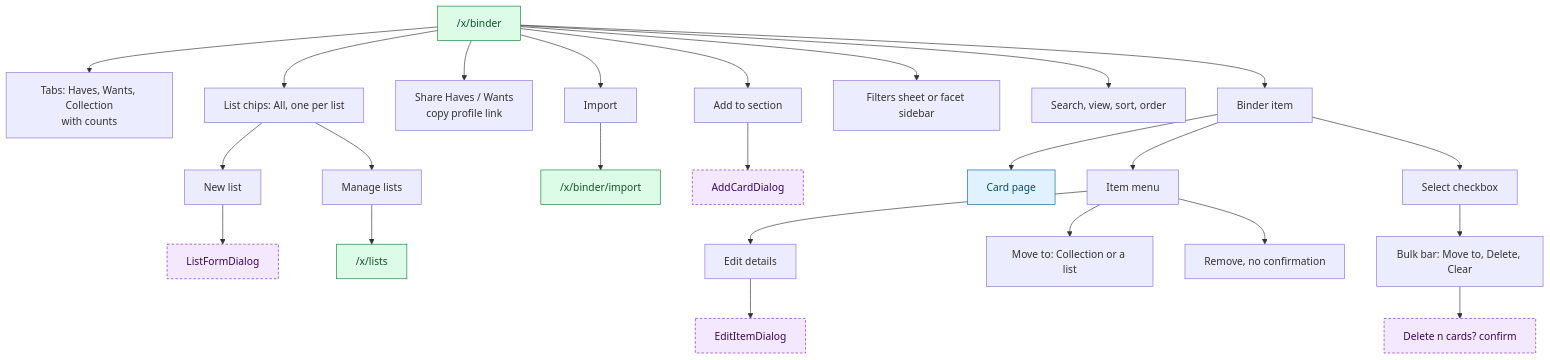
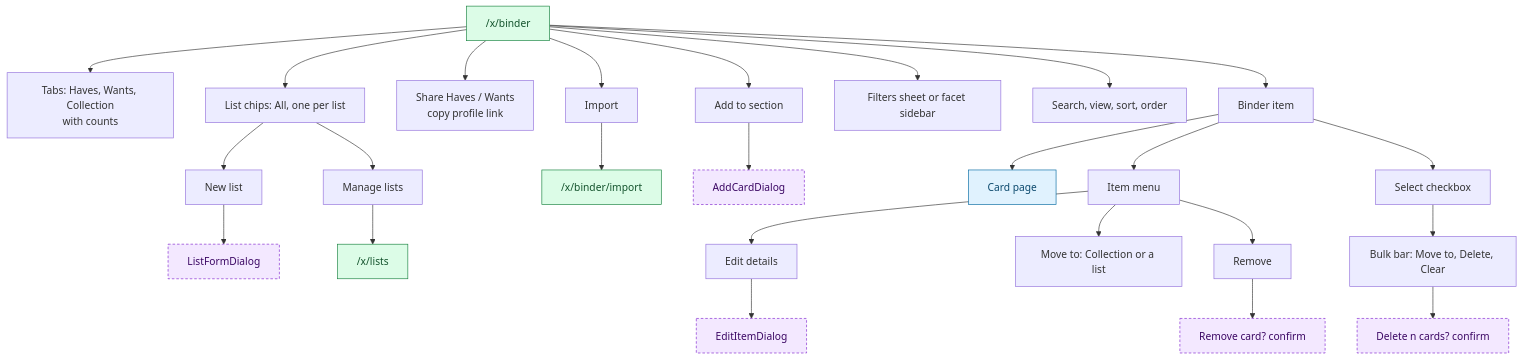
Before and after one commit to pierluigigiancola/cardnearme-5: the second of 4 diagrams in docs/user-paths/05-binder-and-lists.md, drawn with Mermaid. The commit also changed other lines of this file and 18 other files, not shown here.

````diff
--- a/docs/user-paths/05-binder-and-lists.md
+++ b/docs/user-paths/05-binder-and-lists.md
@@ -68,25 +68,25 @@
 ```mermaid
 flowchart TD
   Binder["/x/binder"]:::onb
   Binder --> Tabs["Tabs: Haves, Wants, Collection<br/>with counts"]
   Binder --> Chips["List chips: All, one per list"]
   Chips --> NewList["New list"] --> ListDlg["ListFormDialog"]:::modal
   Chips --> Manage["Manage lists"] --> Lists["/x/lists"]:::onb
   Binder --> Share["Share Haves / Wants<br/>copy profile link"]
   Binder --> ImportBtn["Import"] --> Import["/x/binder/import"]:::onb
   Binder --> AddBtn["Add to section"] --> AddDlg["AddCardDialog"]:::modal
   Binder --> Filter["Filters sheet or facet sidebar"]
   Binder --> Toolbar["Search, view, sort, order"]
   Binder --> Item["Binder item"]
   Item --> CardLink["Card page"]:::pub
   Item --> Menu["Item menu"]
   Menu --> Edit["Edit details"] --> EditDlg["EditItemDialog"]:::modal
   Menu --> Move["Move to: Collection or a list"]
-  Menu --> Remove["Remove, no confirmation"]
+  Menu --> Remove["Remove"] --> RemoveConfirm["Remove card? confirm"]:::modal
   Item --> Select["Select checkbox"] --> Bulk["Bulk bar: Move to, Delete, Clear"]
   Bulk --> Confirm["Delete n cards? confirm"]:::modal
 
   classDef pub fill:#e0f2fe,stroke:#0369a1,color:#0c4a6e
   classDef onb fill:#dcfce7,stroke:#15803d,color:#14532d
   classDef modal fill:#f3e8ff,stroke:#7e22ce,color:#3b0764,stroke-dasharray:4 3
 ```
````
